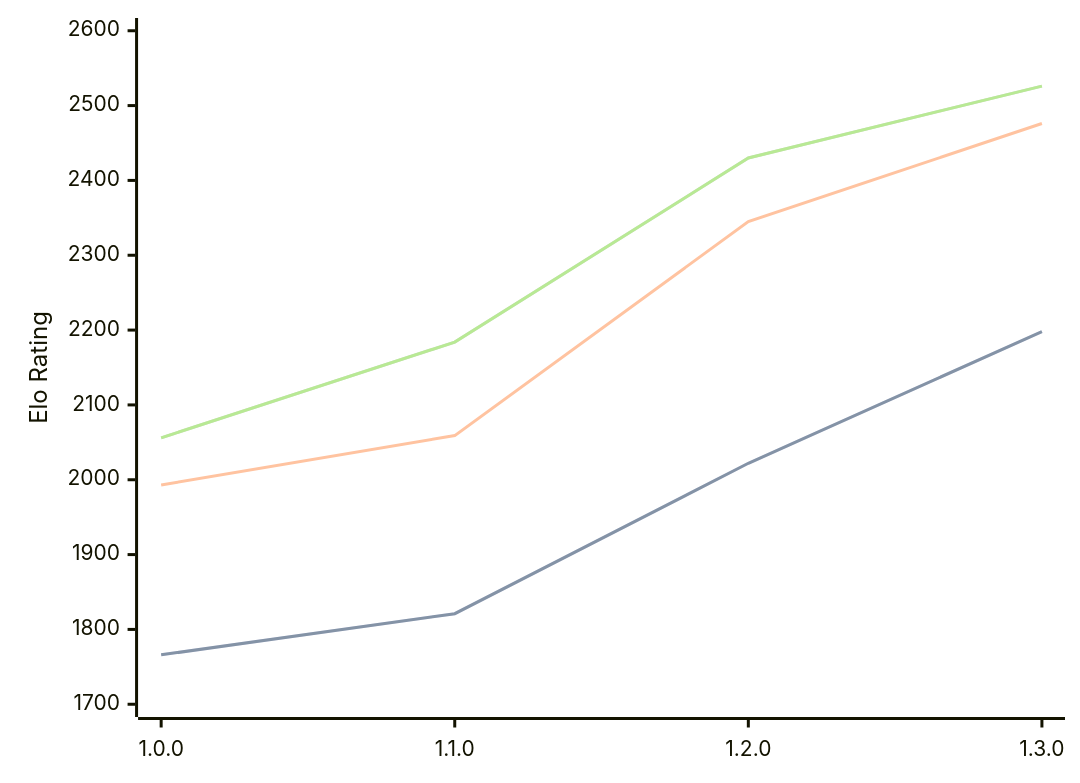
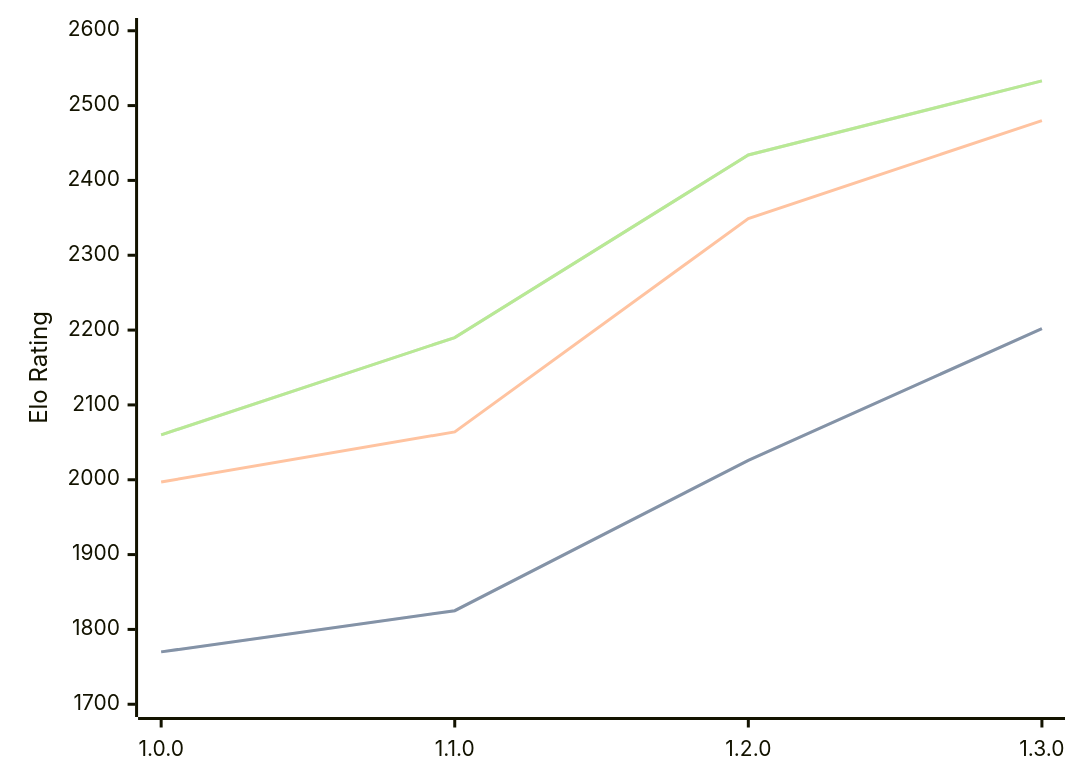
One commit to computer-chess-index/cci changed the diagram in engines/Anodos.md. Above: the diagram before and after it, drawn with Mermaid. The commit also changed other lines of this file, not shown here.

Commit message:
Update CCI Ratings (ELO VLTC) - 2026-04-18

````diff
--- a/engines/Anodos.md
+++ b/engines/Anodos.md
@@ -45,11 +45,11 @@
 ```mermaid
 %%{init: {"theme":"base","themeVariables":{"seriesColors:['#a3a3a3','#222221','#faa371']}}}%%
 xychart-beta
   x-axis ["1.0.0", "1.1.0", "1.2.0", "1.3.0"]
   y-axis "Elo Rating" 1700 --> 2600
-  line "STC (8.0+0.08s)" [1766, 1821, 2022, 2198]
-  line "STC (8.0+0.08s)" [1766, 1821, 2022, 2198]
-  line "LTC (60.0+0.60s)" [1993, 2059, 2345, 2476]
-  line "VLTC (2m24s+1.12s)" [2056, 2184, 2430, 2526]
-  line "VLTC (2m24s+1.12s)" [2056, 2184, 2430, 2526]
+  line "STC (8.0+0.08s)" [1770, 1825, 2026, 2202]
+  line "STC (8.0+0.08s)" [1770, 1825, 2026, 2202]
+  line "LTC (60.0+0.60s)" [1997, 2064, 2349, 2480]
+  line "VLTC (2m24s+1.12s)" [2060, 2190, 2434, 2533]
+  line "VLTC (2m24s+1.12s)" [2060, 2190, 2434, 2533]
 ```
````
